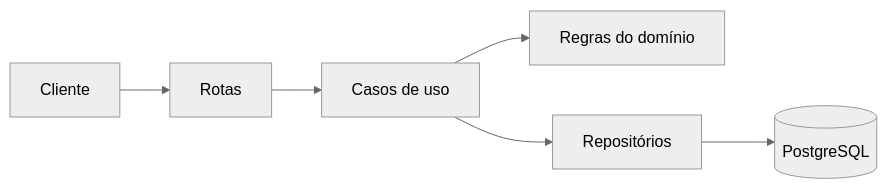
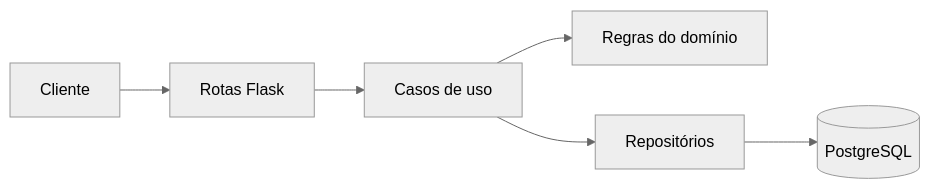
One commit to JannioFSantos/cursoFullCycleEmprestimoLivros changed the diagram in README.md. Above: the diagram before and after it, drawn with Mermaid (neutral theme). The commit also changed other lines of this file and 7 other files, not shown here.

````diff
--- a/README.md
+++ b/README.md
@@ -230,8 +244,8 @@
 ```mermaid
 flowchart LR
-  A[Cliente] --> B[Rotas]
+  A[Cliente] --> B[Rotas Flask]
   B --> C[Casos de uso]
   C --> D[Regras do domínio]
   C --> E[Repositórios]
   E --> F[(PostgreSQL)]
 ```
````
